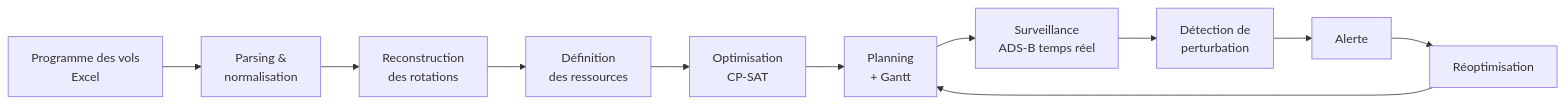
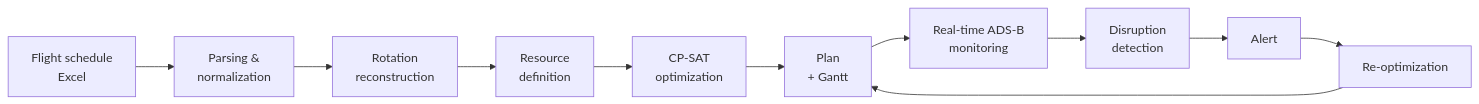
The diagram in README.md (ayakhama3/onda-stand-assignment), drawn with Mermaid before and after one commit. The commit also changed other lines of this file and 14284 other files, not shown here.

First line of the commit message:
chore: untrack venv and real-data Gantt exports, add .gitignore, bilingual README

````diff
--- a/README.md
+++ b/README.md
@@ -25,13 +25,13 @@
 ```mermaid
 flowchart LR
-    A[Programme des vols<br/>Excel] --> B[Parsing &<br/>normalisation]
-    B --> C[Reconstruction<br/>des rotations]
-    C --> D[Définition<br/>des ressources]
-    D --> E[Optimisation<br/>CP-SAT]
-    E --> F[Planning<br/>+ Gantt]
-    F --> G[Surveillance<br/>ADS-B temps réel]
-    G --> H[Détection de<br/>perturbation]
-    H --> I[Alerte]
-    I --> J[Réoptimisation]
+    A[Flight schedule<br/>Excel] --> B[Parsing &<br/>normalization]
+    B --> C[Rotation<br/>reconstruction]
+    C --> D[Resource<br/>definition]
+    D --> E[CP-SAT<br/>optimization]
+    E --> F[Plan<br/>+ Gantt]
+    F --> G[Real-time ADS-B<br/>monitoring]
+    G --> H[Disruption<br/>detection]
+    H --> I[Alert]
+    I --> J[Re-optimization]
     J --> F
 ```
````
